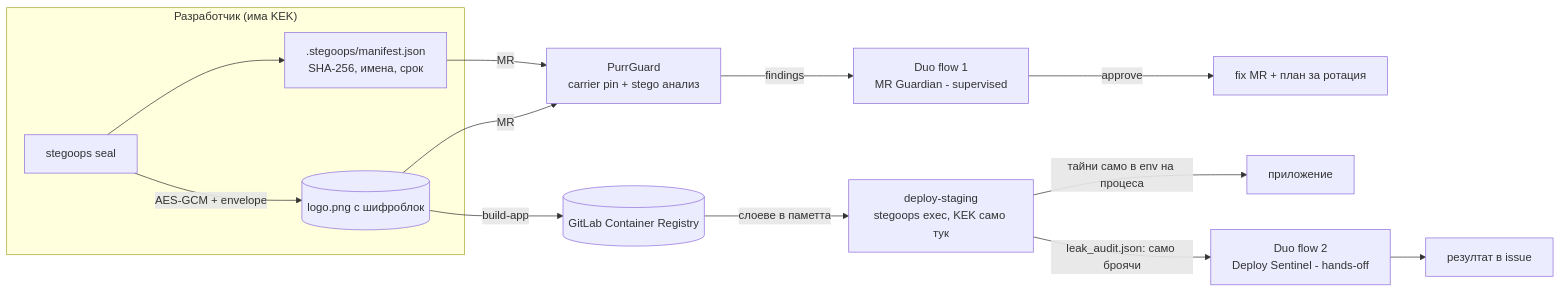
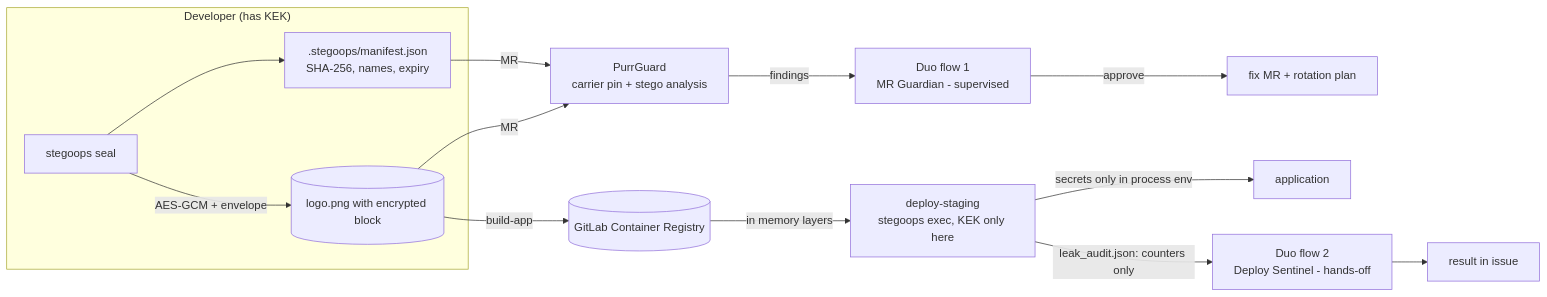
Before and after one commit to jacquelinegg/PurrGuard: the first of 2 diagrams in README.md, drawn with Mermaid. The commit also changed other lines of this file and 31 other files, not shown here.

````diff
--- a/README.md
+++ b/README.md
@@ -18,15 +18,15 @@
 ```mermaid
 flowchart LR
-  subgraph Dev["Разработчик (има KEK)"]
-    S[stegoops seal] -->|AES-GCM + envelope| C[(logo.png с шифроблок)]
-    S --> M[.stegoops/manifest.json<br/>SHA-256, имена, срок]
+  subgraph Dev["Developer (has KEK)"]
+    S[stegoops seal] -->|AES-GCM + envelope| C[(logo.png with encrypted block)]
+    S --> M[.stegoops/manifest.json<br/>SHA-256, names, expiry]
   end
-  C & M -->|MR| P[PurrGuard<br/>carrier pin + stego анализ]
+  C & M -->|MR| P[PurrGuard<br/>carrier pin + stego analysis]
   P -->|findings| F1[Duo flow 1<br/>MR Guardian - supervised]
-  F1 -->|approve| FIX[fix MR + план за ротация]
+  F1 -->|approve| FIX[fix MR + rotation plan]
   C -->|build-app| R[(GitLab Container Registry)]
-  R -->|слоеве в паметта| D[deploy-staging<br/>stegoops exec, KEK само тук]
-  D -->|тайни само в env на процеса| APP[приложение]
-  D -->|leak_audit.json: само броячи| F2[Duo flow 2<br/>Deploy Sentinel - hands-off]
-  F2 --> ISS[резултат в issue]
+  R -->|in memory layers| D[deploy-staging<br/>stegoops exec, KEK only here]
+  D -->|secrets only in process env| APP[application]
+  D -->|leak_audit.json: counters only| F2[Duo flow 2<br/>Deploy Sentinel - hands-off]
+  F2 --> ISS[result in issue]
 ```
````
